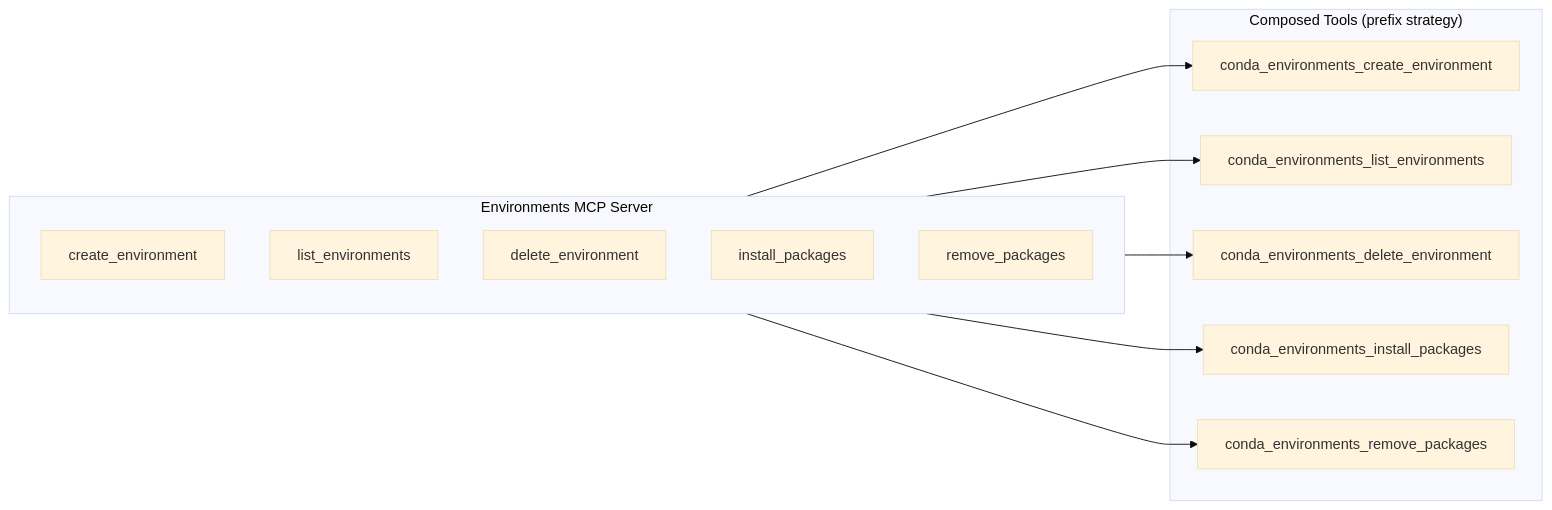
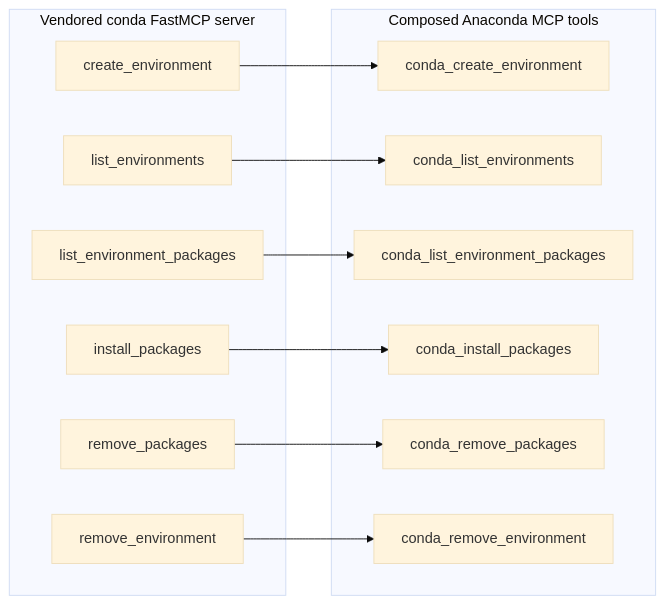
Before and after one commit to anaconda/anaconda-mcp: the second of 4 diagrams in docs/ARCHITECTURE.md, drawn with Mermaid (base theme). The commit also changed other lines of this file and 13 other files, not shown here.

````diff
--- a/docs/ARCHITECTURE.md
+++ b/docs/ARCHITECTURE.md
@@ -124,25 +63,27 @@
 ```mermaid
 graph LR
-    subgraph "Environments MCP Server"
-        direction TB
+    subgraph "Vendored conda FastMCP server"
         T1[create_environment]
         T2[list_environments]
-        T3[delete_environment]
+        T3[list_environment_packages]
         T4[install_packages]
         T5[remove_packages]
+        T6[remove_environment]
     end
 
-    subgraph "Composed Tools (prefix strategy)"
-        CT1[conda_environments_create_environment]
-        CT2[conda_environments_list_environments]
-        CT3[conda_environments_delete_environment]
-        CT4[conda_environments_install_packages]
-        CT5[conda_environments_remove_packages]
+    subgraph "Composed Anaconda MCP tools"
+        C1[conda_create_environment]
+        C2[conda_list_environments]
+        C3[conda_list_environment_packages]
+        C4[conda_install_packages]
+        C5[conda_remove_packages]
+        C6[conda_remove_environment]
     end
 
-    T1 --> CT1
-    T2 --> CT2
-    T3 --> CT3
-    T4 --> CT4
-    T5 --> CT5
+    T1 --> C1
+    T2 --> C2
+    T3 --> C3
+    T4 --> C4
+    T5 --> C5
+    T6 --> C6
 ```
````
